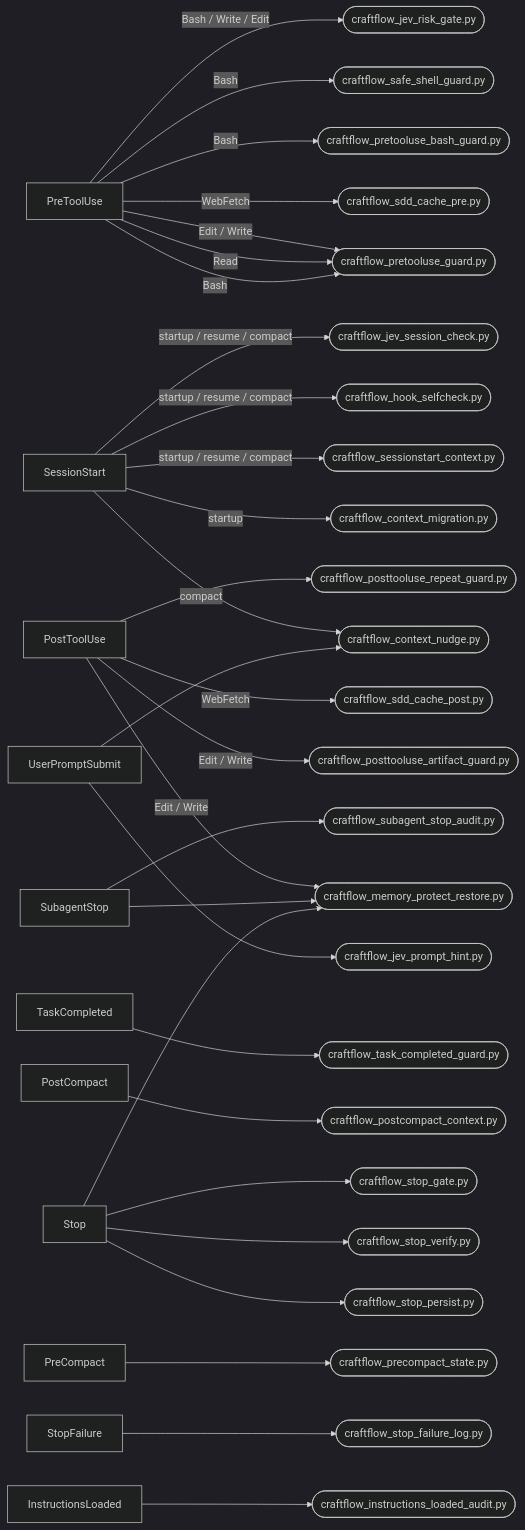
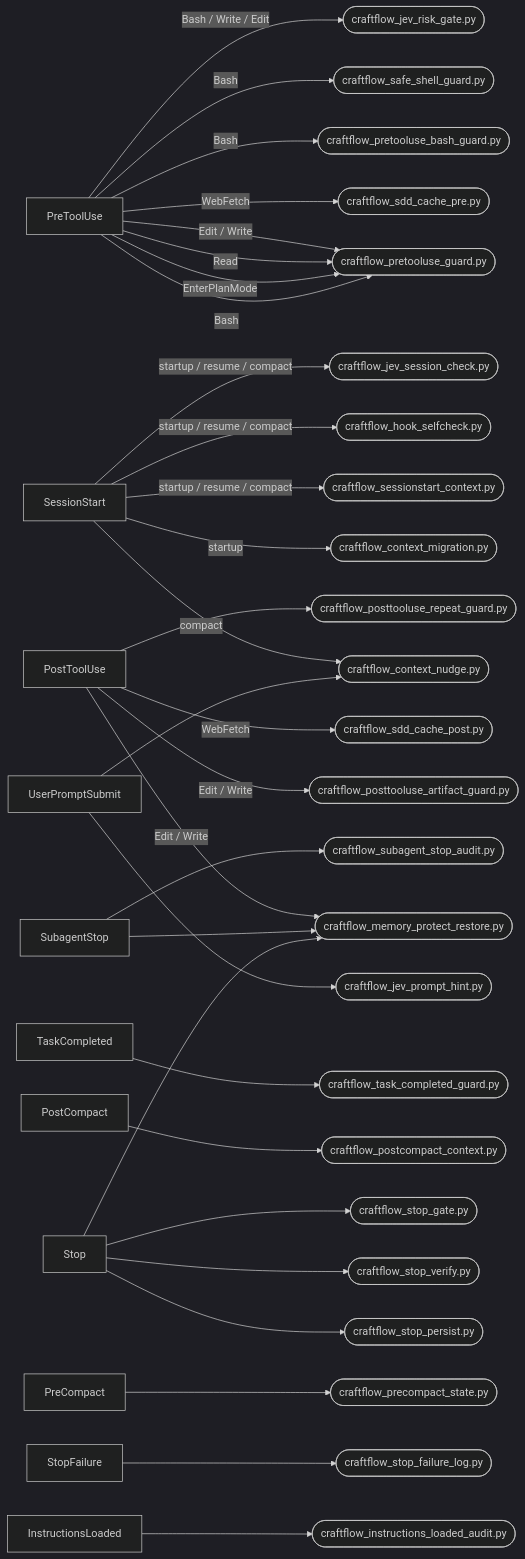
One commit to aicraft-sdk/craftflow changed the first of 2 diagrams in plugins/craftflow/docs/generated/architecture.md. Above: the diagram before and after it, drawn with Mermaid (dark theme). The commit also changed other lines of this file and 12 other files, not shown here.

Commit message:
feat(craftflow): policy-enforced EnterPlanMode, plan-artifact commit and worktree-merge clean-tree guards

````diff
--- a/plugins/craftflow/docs/generated/architecture.md
+++ b/plugins/craftflow/docs/generated/architecture.md
@@ -16,67 +16,68 @@
 ```mermaid
 flowchart LR
   event_PreToolUse["PreToolUse"]
   event_SessionStart["SessionStart"]
   event_PostToolUse["PostToolUse"]
   event_TaskCompleted["TaskCompleted"]
   event_PostCompact["PostCompact"]
   event_SubagentStop["SubagentStop"]
   event_PreCompact["PreCompact"]
   event_Stop["Stop"]
   event_StopFailure["StopFailure"]
   event_InstructionsLoaded["InstructionsLoaded"]
   event_UserPromptSubmit["UserPromptSubmit"]
   script_craftflow_pretooluse_guard_py(["craftflow_pretooluse_guard.py"])
   script_craftflow_sdd_cache_pre_py(["craftflow_sdd_cache_pre.py"])
   script_craftflow_pretooluse_bash_guard_py(["craftflow_pretooluse_bash_guard.py"])
   script_craftflow_safe_shell_guard_py(["craftflow_safe_shell_guard.py"])
   script_craftflow_jev_risk_gate_py(["craftflow_jev_risk_gate.py"])
   script_craftflow_context_migration_py(["craftflow_context_migration.py"])
   script_craftflow_sessionstart_context_py(["craftflow_sessionstart_context.py"])
   script_craftflow_hook_selfcheck_py(["craftflow_hook_selfcheck.py"])
   script_craftflow_jev_session_check_py(["craftflow_jev_session_check.py"])
   script_craftflow_context_nudge_py(["craftflow_context_nudge.py"])
   script_craftflow_posttooluse_artifact_guard_py(["craftflow_posttooluse_artifact_guard.py"])
   script_craftflow_memory_protect_restore_py(["craftflow_memory_protect_restore.py"])
   script_craftflow_sdd_cache_post_py(["craftflow_sdd_cache_post.py"])
   script_craftflow_posttooluse_repeat_guard_py(["craftflow_posttooluse_repeat_guard.py"])
   script_craftflow_task_completed_guard_py(["craftflow_task_completed_guard.py"])
   script_craftflow_postcompact_context_py(["craftflow_postcompact_context.py"])
   script_craftflow_subagent_stop_audit_py(["craftflow_subagent_stop_audit.py"])
   script_craftflow_precompact_state_py(["craftflow_precompact_state.py"])
   script_craftflow_stop_persist_py(["craftflow_stop_persist.py"])
   script_craftflow_stop_verify_py(["craftflow_stop_verify.py"])
   script_craftflow_stop_gate_py(["craftflow_stop_gate.py"])
   script_craftflow_stop_failure_log_py(["craftflow_stop_failure_log.py"])
   script_craftflow_instructions_loaded_audit_py(["craftflow_instructions_loaded_audit.py"])
   script_craftflow_jev_prompt_hint_py(["craftflow_jev_prompt_hint.py"])
   event_PreToolUse -->|"Edit / Write"| script_craftflow_pretooluse_guard_py
   event_PreToolUse -->|"Read"| script_craftflow_pretooluse_guard_py
+  event_PreToolUse -->|"EnterPlanMode"| script_craftflow_pretooluse_guard_py
   event_PreToolUse -->|"WebFetch"| script_craftflow_sdd_cache_pre_py
   event_PreToolUse -->|"Bash"| script_craftflow_pretooluse_guard_py
   event_PreToolUse -->|"Bash"| script_craftflow_pretooluse_bash_guard_py
   event_PreToolUse -->|"Bash"| script_craftflow_safe_shell_guard_py
   event_PreToolUse -->|"Bash / Write / Edit"| script_craftflow_jev_risk_gate_py
   event_SessionStart -->|"startup"| script_craftflow_context_migration_py
   event_SessionStart -->|"startup / resume / compact"| script_craftflow_sessionstart_context_py
   event_SessionStart -->|"startup / resume / compact"| script_craftflow_hook_selfcheck_py
   event_SessionStart -->|"startup / resume / compact"| script_craftflow_jev_session_check_py
   event_SessionStart -->|"compact"| script_craftflow_context_nudge_py
   event_PostToolUse -->|"Edit / Write"| script_craftflow_posttooluse_artifact_guard_py
   event_PostToolUse -->|"Edit / Write"| script_craftflow_memory_protect_restore_py
   event_PostToolUse -->|"WebFetch"| script_craftflow_sdd_cache_post_py
   event_PostToolUse --> script_craftflow_posttooluse_repeat_guard_py
   event_TaskCompleted --> script_craftflow_task_completed_guard_py
   event_PostCompact --> script_craftflow_postcompact_context_py
   event_SubagentStop --> script_craftflow_subagent_stop_audit_py
   event_SubagentStop --> script_craftflow_memory_protect_restore_py
   event_PreCompact --> script_craftflow_precompact_state_py
   event_Stop --> script_craftflow_stop_persist_py
   event_Stop --> script_craftflow_memory_protect_restore_py
   event_Stop --> script_craftflow_stop_verify_py
   event_Stop --> script_craftflow_stop_gate_py
   event_StopFailure --> script_craftflow_stop_failure_log_py
   event_InstructionsLoaded --> script_craftflow_instructions_loaded_audit_py
   event_UserPromptSubmit --> script_craftflow_jev_prompt_hint_py
   event_UserPromptSubmit --> script_craftflow_context_nudge_py
 ```
````
